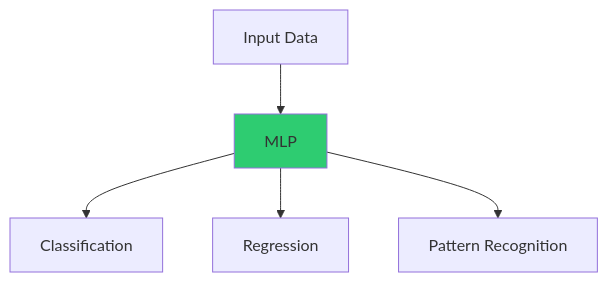
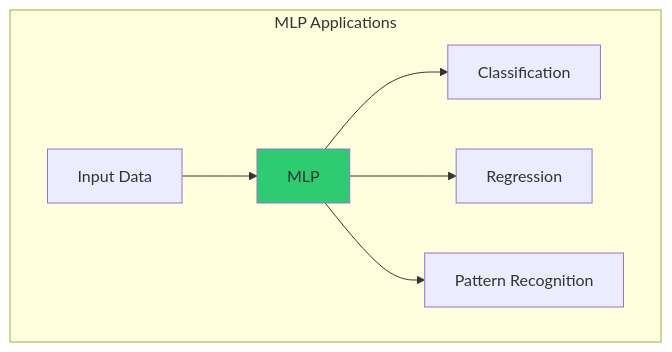
Before and after one commit to mabreyes/dlsu-lecture-slides: the sixth of 39 diagrams in mlp.md, drawn with Mermaid. The commit also changed other lines of this file and 1 other file, not shown here.

````diff
--- a/mlp.md
+++ b/mlp.md
@@ -117,9 +179,11 @@
 ```mermaid
 %%{init: {"theme": "default"}}%%
 flowchart TD
-    A["Input Data"] --> B["MLP"]
-    B --> C["Classification"]
-    B --> D["Regression"]
-    B --> E["Pattern Recognition"]
+    subgraph "MLP Applications"
+        A["Input Data"] --> B["MLP"]
+        B --> C["Classification"]
+        B --> D["Regression"]
+        B --> E["Pattern Recognition"]
+    end
     style B fill:#2ecc71
 ```
````
